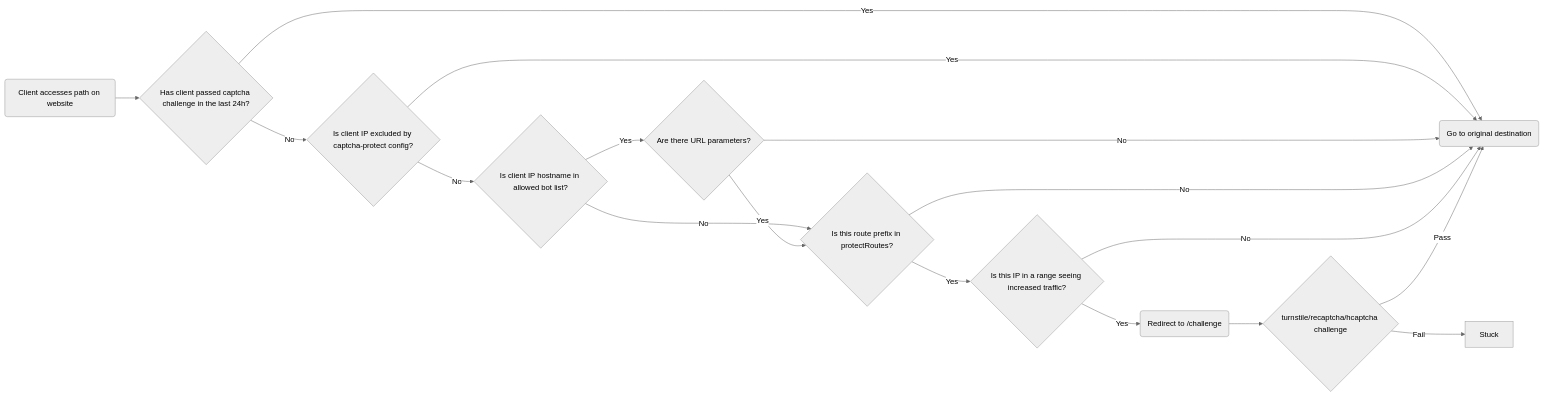
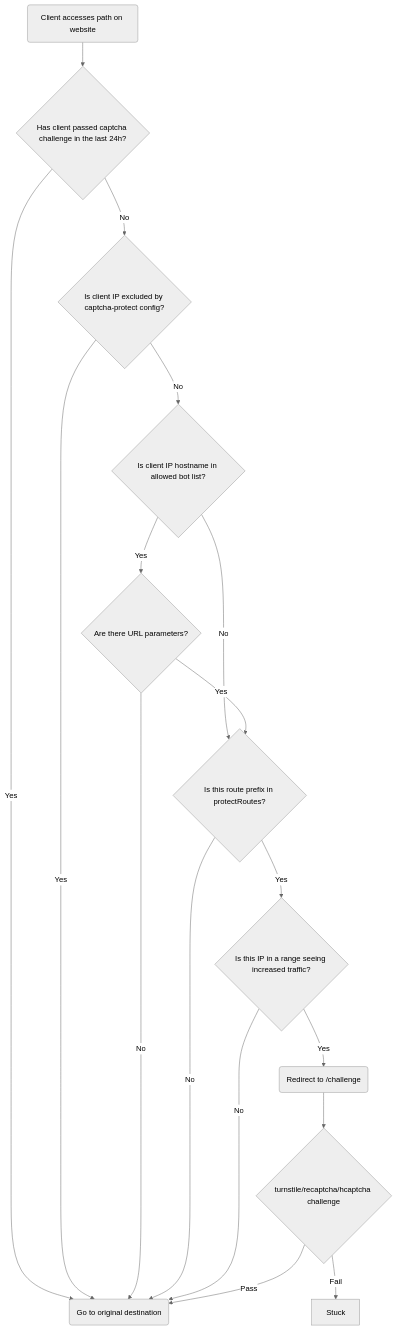
The diagram in README.md (libops/captcha-protect), drawn with Mermaid (neutral theme) before and after one commit. The commit also changed other lines of this file, not shown here.

````diff
--- a/README.md
+++ b/README.md
@@ -11,19 +11,19 @@
 ```mermaid
-flowchart LR
+flowchart TD
     Client(Client accesses path on website) --> IP{Has client passed captcha challenge in the last 24h?}
     IP -- Yes --> Continue(Go to original destination)
     IP -- No --> IP_BYPASS{Is client IP excluded by captcha-protect config?}
     IP_BYPASS -- Yes --> Continue(Go to original destination)
     IP_BYPASS -- No --> GOOD_BOT{Is client IP hostname in allowed bot list?}
     GOOD_BOT -- No --> PROTECTED_ROUTE{Is this route protected?}
     GOOD_BOT -- Yes --> CANONICAL_URL_BOT{Are there URL parameters?}
     CANONICAL_URL_BOT -- Yes --> PROTECTED_ROUTE{Is this route prefix in protectRoutes?}
     CANONICAL_URL_BOT -- No --> Continue(Go to original destination)
     PROTECTED_ROUTE -- Yes --> RATE_LIMIT{Is this IP in a range seeing increased traffic?}
     PROTECTED_ROUTE -- No --> Continue(Go to original destination)
     RATE_LIMIT -- Yes --> REDIRECT(Redirect to /challenge)
     RATE_LIMIT -- No --> Continue(Go to original destination)
     REDIRECT --> CHALLENGE{turnstile/recaptcha/hcaptcha challenge}
     CHALLENGE -- Pass --> Continue(Go to original destination)
     CHALLENGE -- Fail --> Stuck
 ```
````
